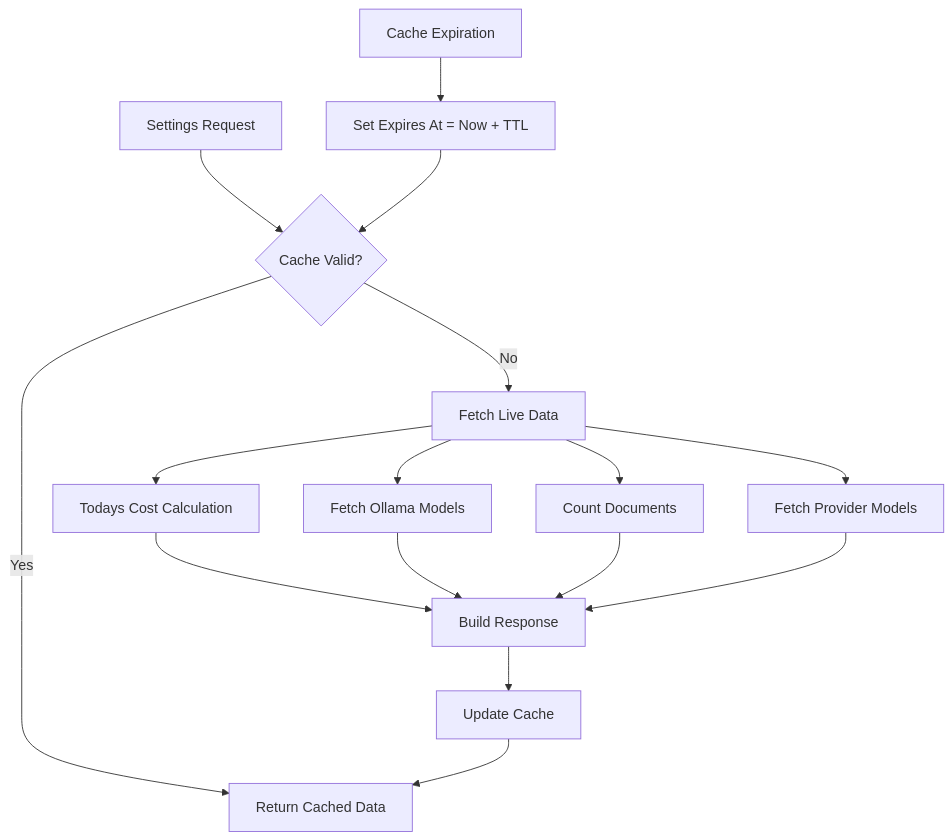
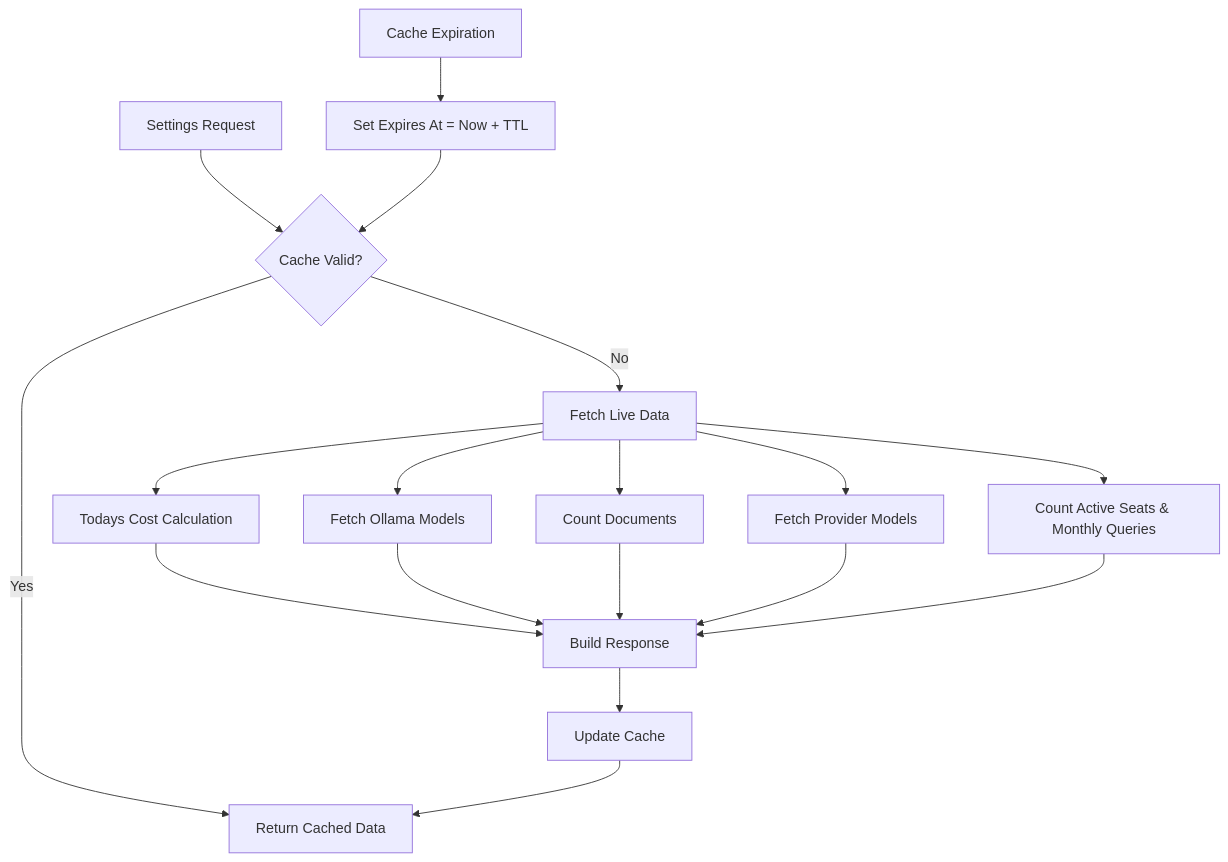
Before and after one commit to genes8/private-ai: the eighth of 10 diagrams in .qoder/repowiki/en/content/Backend Development/Settings Management System.md, drawn with Mermaid. The commit also changed other lines of this file and 101 other files, not shown here.

````diff
--- a/.qoder/repowiki/en/content/Backend Development/Settings Management System.md
+++ b/.qoder/repowiki/en/content/Backend Development/Settings Management System.md
@@ -351,18 +448,20 @@
 ```mermaid
 flowchart TD
 Request[Settings Request] --> CheckCache{"Cache Valid?"}
 CheckCache --> |Yes| ReturnCache[Return Cached Data]
 CheckCache --> |No| FetchLive[Fetch Live Data]
 FetchLive --> CostCalc[Todays Cost Calculation]
 FetchLive --> OllamaModels[Fetch Ollama Models]
 FetchLive --> DocCount[Count Documents]
 FetchLive --> ProviderModels[Fetch Provider Models]
+FetchLive --> QuotaCounts[Count Active Seats & Monthly Queries]
 CostCalc --> BuildResponse[Build Response]
 OllamaModels --> BuildResponse
 DocCount --> BuildResponse
 ProviderModels --> BuildResponse
+QuotaCounts --> BuildResponse
 BuildResponse --> UpdateCache[Update Cache]
 UpdateCache --> ReturnCache
 CacheUpdate[Cache Expiration] --> InvalidateCache[Set Expires At = Now + TTL]
 InvalidateCache --> CheckCache
 ```
````
